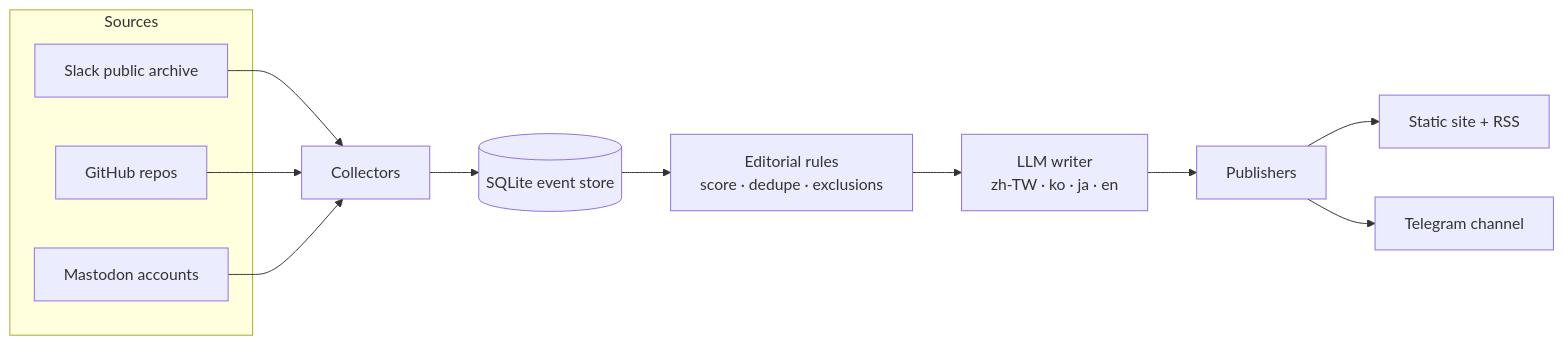
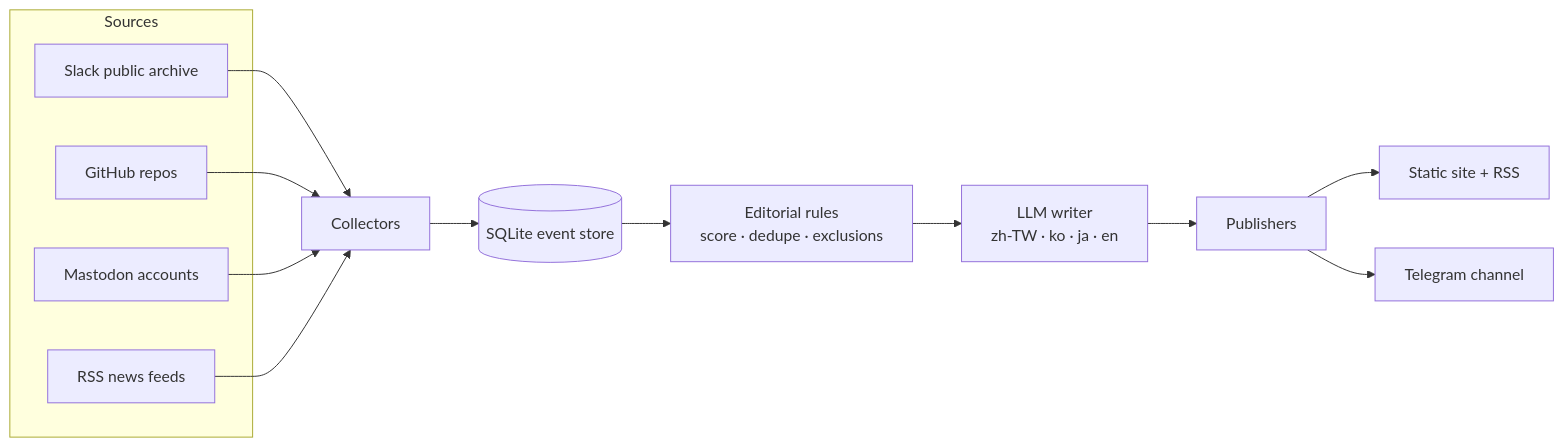
One commit to rep0rter/rep0rter changed the diagram in README.md. Above: the diagram before and after it, drawn with Mermaid. The commit also changed other lines of this file and 8 other files, not shown here.

Commit message:
Add Code for Korea news RSS collection

````diff
--- a/README.md
+++ b/README.md
@@ -15,15 +15,16 @@
 ```mermaid
 flowchart LR
     subgraph Sources
         S[Slack public archive]
         G[GitHub repos]
         M[Mastodon accounts]
+        R[RSS news feeds]
     end
-    S & G & M --> C[Collectors]
+    S & G & M & R --> C[Collectors]
     C --> DB[(SQLite event store)]
     DB --> E[Editorial rules<br/>score · dedupe · exclusions]
     E --> W[LLM writer<br/>zh-TW · ko · ja · en]
     W --> P[Publishers]
     P --> Web[Static site + RSS]
     P --> TG[Telegram channel]
 ```
````
